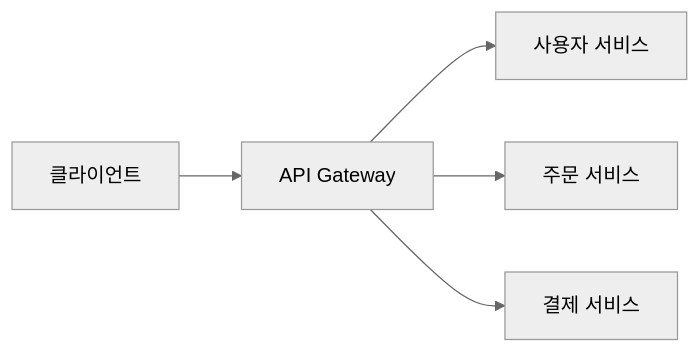
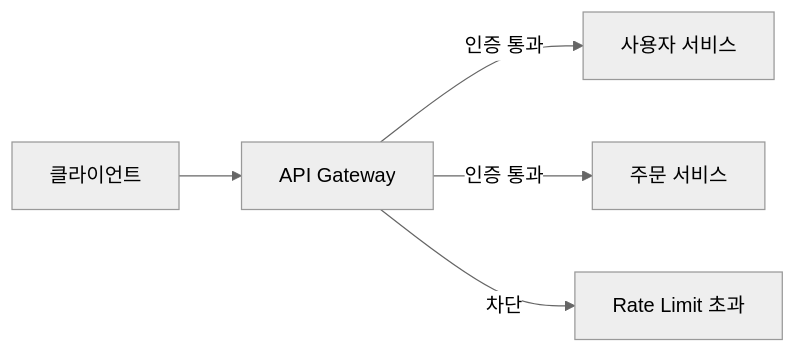
Before and after one commit to yjkim2015/yjkim2015.github.io: the sixth of 15 diagrams in _posts/architecture/2026-05-02-msa-deep.md, drawn with Mermaid (neutral theme). The commit also changed other lines of this file and 4 other files, not shown here.

````diff
--- a/_posts/architecture/2026-05-02-msa-deep.md
+++ b/_posts/architecture/2026-05-02-msa-deep.md
@@ -104,7 +516,7 @@
 ```mermaid
 graph LR
-    Client["클라이언트"] --> AG["API Gateway"]
-    AG --> US["사용자 서비스"]
-    AG --> OS["주문 서비스"]
-    AG --> PS["결제 서비스"]
+    Client["클라이언트"] --> GW["API Gateway"]
+    GW -->|인증 통과| US["사용자 서비스"]
+    GW -->|인증 통과| OS["주문 서비스"]
+    GW -->|차단| Block["Rate Limit 초과"]
 ```
````
